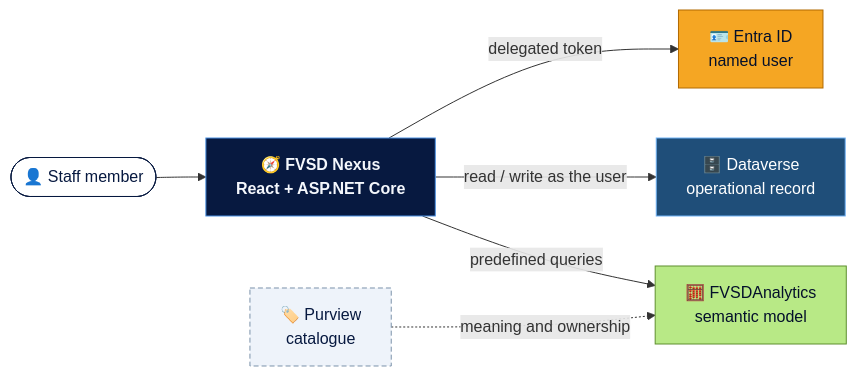
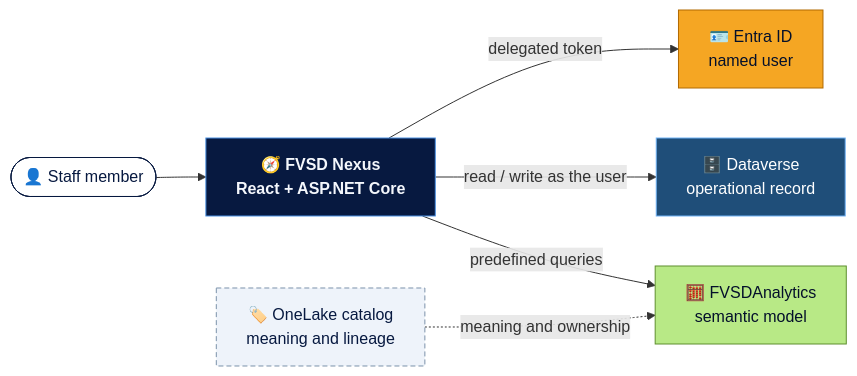
The diagram in docs/standards/diagrams.md (skmckenFVSD/FVSD-Nexus), drawn with Mermaid before and after one commit. The commit also changed other lines of this file and 23 other files, not shown here.

First line of the commit message:
Re-anchor governance on the OneLake catalog; Purview becomes protection only

````diff
--- a/docs/standards/diagrams.md
+++ b/docs/standards/diagrams.md
@@ -75,28 +75,28 @@
 ```mermaid
 flowchart LR
     U(["👤 Staff member"])
     APP["🧭 FVSD Nexus<br>React + ASP.NET Core"]
     DV["🗄️ Dataverse<br>operational record"]
     SM["🧮 FVSDAnalytics<br>semantic model"]
     ID["🪪 Entra ID<br>named user"]
-    PV["🏷️ Purview<br>catalogue"]
+    PV["🏷️ OneLake catalog<br>meaning and lineage"]
 
     U --> APP
     APP -->|delegated token| ID
     APP -->|read / write as the user| DV
     APP -->|predefined queries| SM
     PV -.->|meaning and ownership| SM
 
     classDef nexus fill:#071940,stroke:#4A90E2,color:#F4F7FC,font-weight:bold
     classDef record fill:#1F4E79,stroke:#6FB1F5,color:#FFFFFF
     classDef calc fill:#B8E986,stroke:#5E8F2E,color:#04102B
     classDef identity fill:#F5A623,stroke:#B26A00,color:#04102B
     classDef catalog fill:#EEF3FA,stroke:#7B92AA,color:#071940,stroke-dasharray:5 3
     classDef person fill:#FFFFFF,stroke:#071940,color:#071940
     class APP nexus
     class DV record
     class SM calc
     class ID identity
     class PV catalog
     class U person
 ```
````
